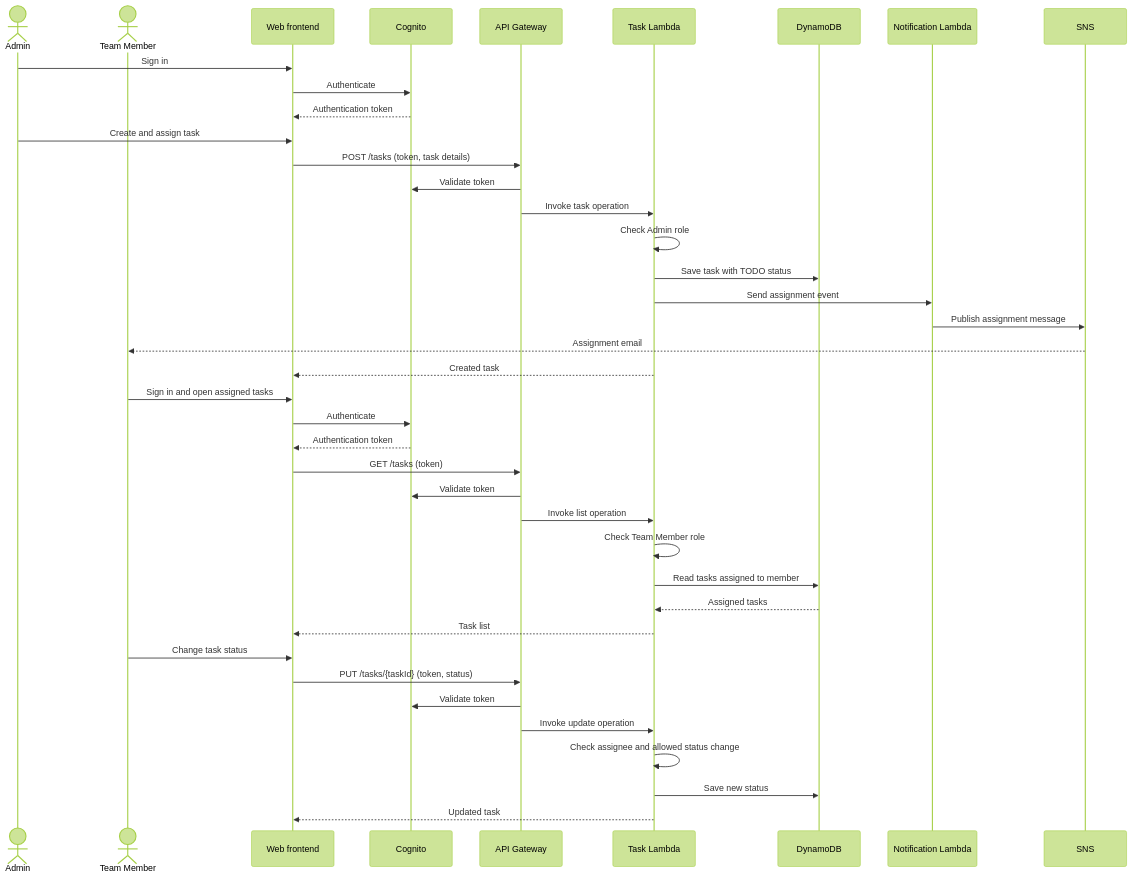
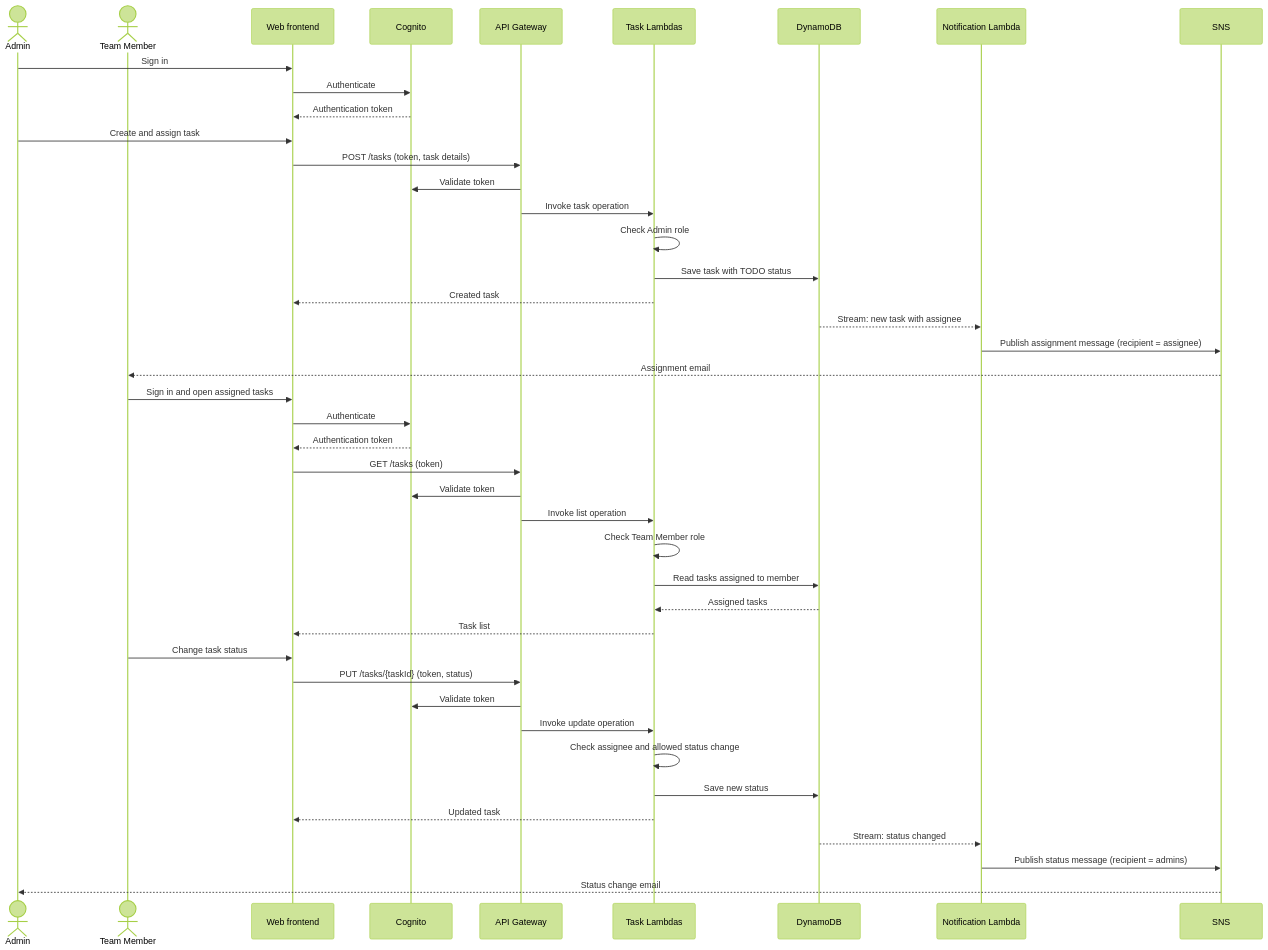
One commit to BenjaminSsempala/serverless-task-manager changed the first of 2 diagrams in docs/planning.md. Above: the diagram before and after it, drawn with Mermaid (forest theme). The commit also changed other lines of this file and 11 other files, not shown here.

````diff
--- a/docs/planning.md
+++ b/docs/planning.md
@@ -37,44 +44,47 @@
 ```mermaid
 sequenceDiagram
     actor Admin
     actor Member as Team Member
     participant Web as Web frontend
     participant Cognito
     participant API as API Gateway
-    participant Tasks as Task Lambda
+    participant Tasks as Task Lambdas
     participant DB as DynamoDB
     participant Notify as Notification Lambda
     participant SNS
 
     Admin->>Web: Sign in
     Web->>Cognito: Authenticate
     Cognito-->>Web: Authentication token
     Admin->>Web: Create and assign task
     Web->>API: POST /tasks (token, task details)
     API->>Cognito: Validate token
     API->>Tasks: Invoke task operation
     Tasks->>Tasks: Check Admin role
     Tasks->>DB: Save task with TODO status
-    Tasks->>Notify: Send assignment event
-    Notify->>SNS: Publish assignment message
+    Tasks-->>Web: Created task
+    DB-->>Notify: Stream: new task with assignee
+    Notify->>SNS: Publish assignment message (recipient = assignee)
     SNS-->>Member: Assignment email
-    Tasks-->>Web: Created task
 
     Member->>Web: Sign in and open assigned tasks
     Web->>Cognito: Authenticate
     Cognito-->>Web: Authentication token
     Web->>API: GET /tasks (token)
     API->>Cognito: Validate token
     API->>Tasks: Invoke list operation
     Tasks->>Tasks: Check Team Member role
     Tasks->>DB: Read tasks assigned to member
     DB-->>Tasks: Assigned tasks
     Tasks-->>Web: Task list
     Member->>Web: Change task status
     Web->>API: PUT /tasks/{taskId} (token, status)
     API->>Cognito: Validate token
     API->>Tasks: Invoke update operation
     Tasks->>Tasks: Check assignee and allowed status change
     Tasks->>DB: Save new status
     Tasks-->>Web: Updated task
+    DB-->>Notify: Stream: status changed
+    Notify->>SNS: Publish status message (recipient = admins)
+    SNS-->>Admin: Status change email
 ```
````
